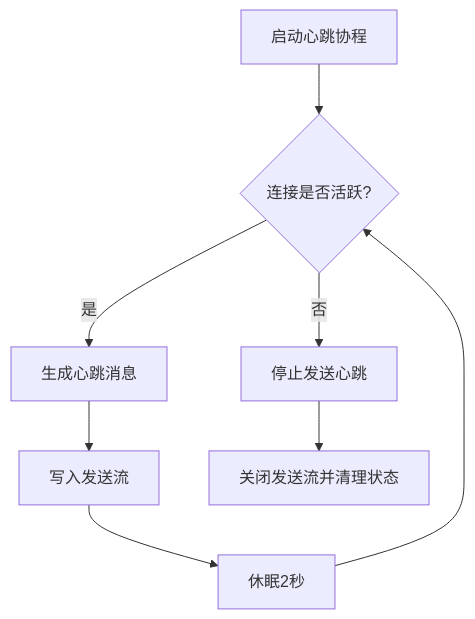
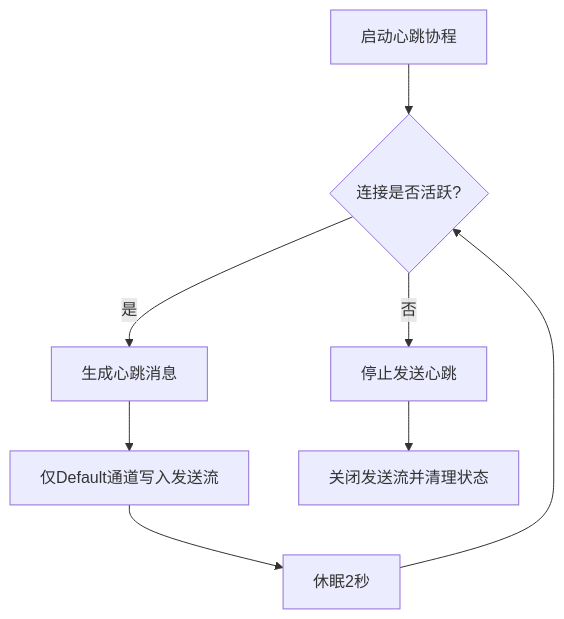
Diagram 13 of 13 in .qoder/repowiki/zh/content/后端服务/P2P服务.md (nicolastinger/only-talk-app), drawn with Mermaid before and after one commit. The commit also changed other lines of this file and 12 other files, not shown here.

````diff
--- a/.qoder/repowiki/zh/content/后端服务/P2P服务.md
+++ b/.qoder/repowiki/zh/content/后端服务/P2P服务.md
@@ -523,10 +625,10 @@
 ```mermaid
 flowchart TD
 HBStart["启动心跳协程"] --> CheckActive{"连接是否活跃?"}
 CheckActive -- 否 --> StopHB["停止发送心跳"]
 CheckActive -- 是 --> SendPing["生成心跳消息"]
-SendPing --> Write["写入发送流"]
+SendPing --> Write["仅Default通道写入发送流"]
 Write --> Sleep["休眠2秒"]
 Sleep --> CheckActive
 StopHB --> Cleanup["关闭发送流并清理状态"]
 ```
````
